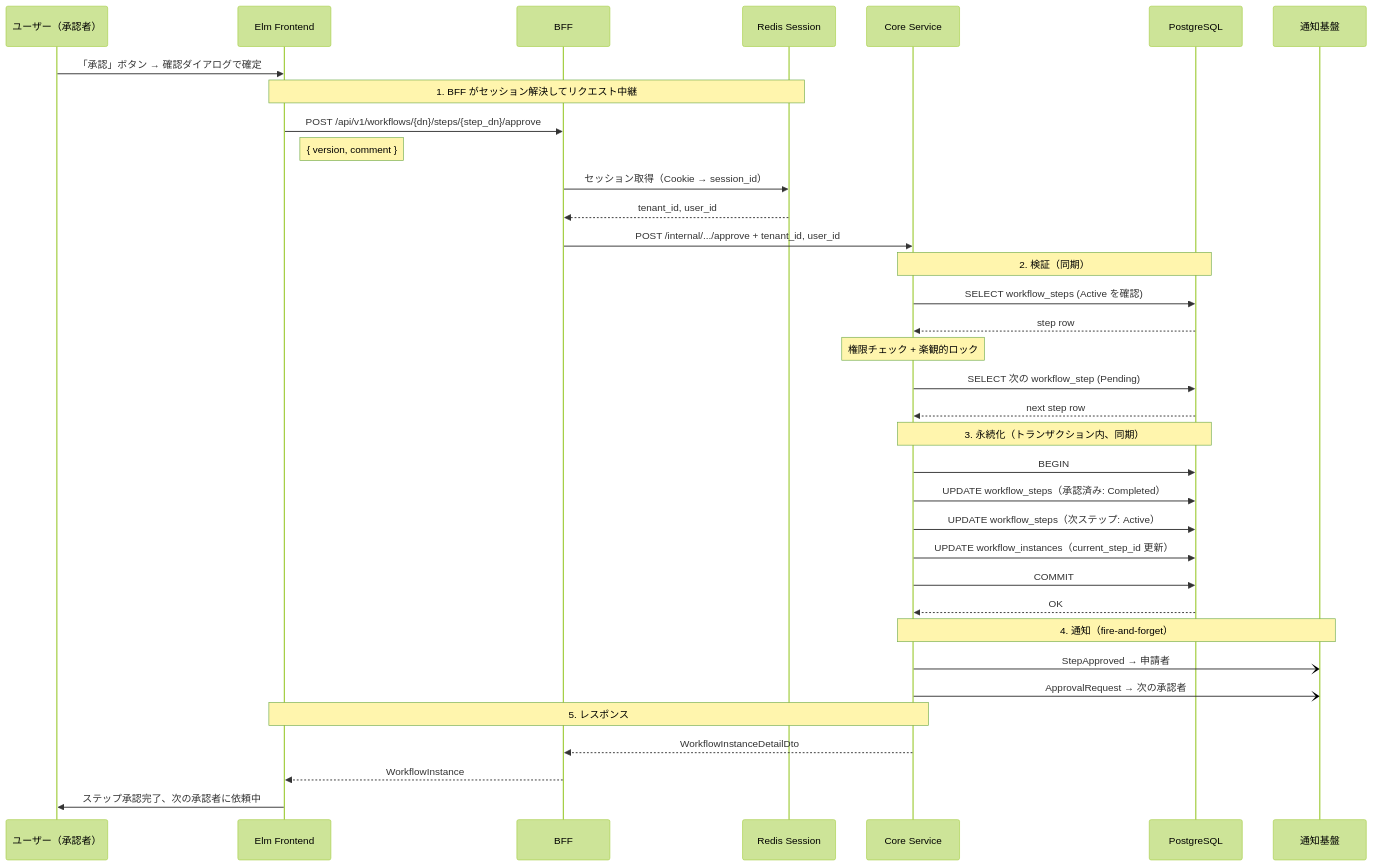
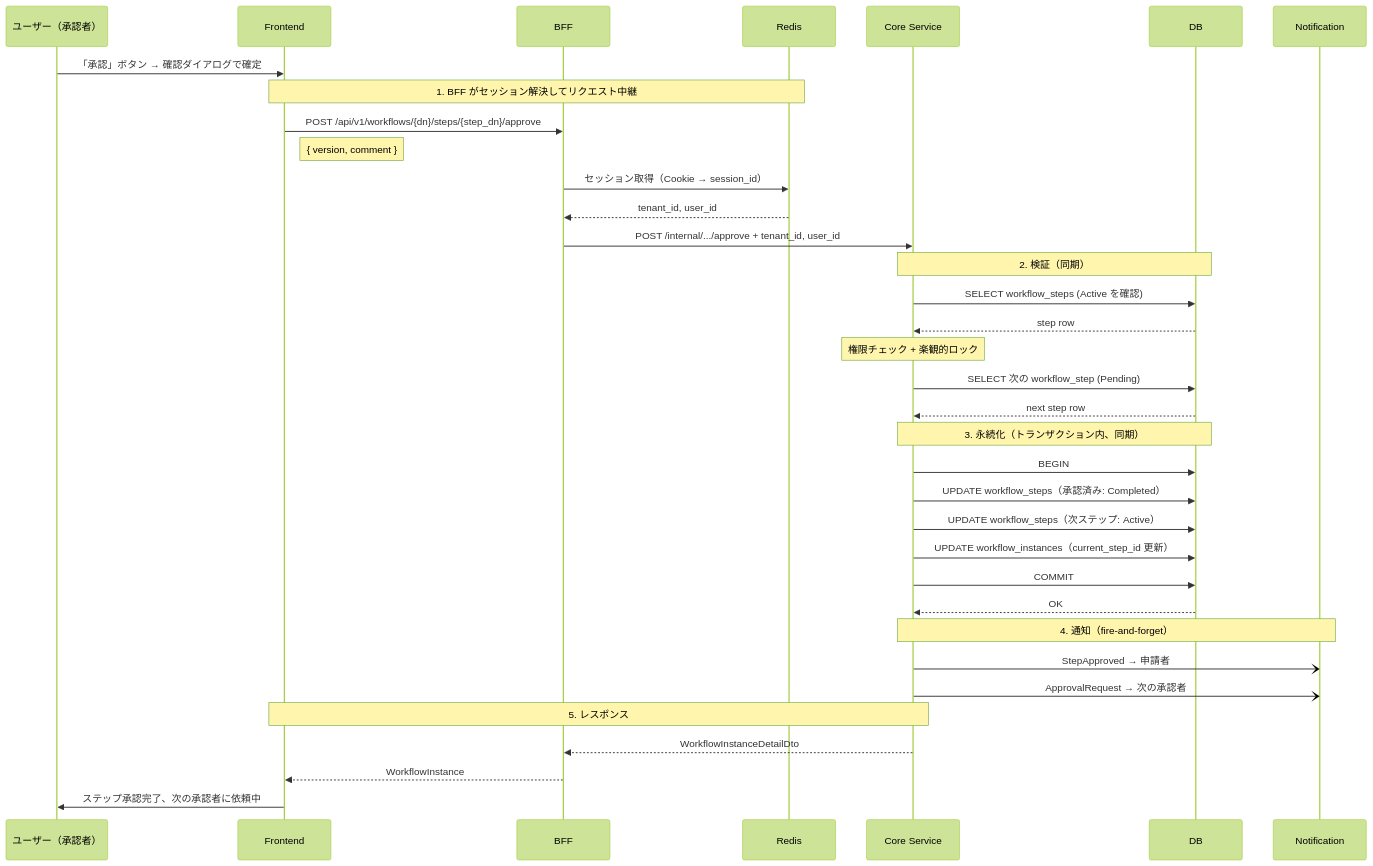
Before and after one commit to ka2kama/ringiflow: the first of 6 diagrams in docs/90_実装解説/ワークフロー/02_承認・却下フロー.md, drawn with Mermaid (forest theme). The commit also changed other lines of this file and 2 other files, not shown here.

````diff
--- a/docs/90_実装解説/ワークフロー/02_承認・却下フロー.md
+++ b/docs/90_実装解説/ワークフロー/02_承認・却下フロー.md
@@ -14,43 +14,43 @@
 ```mermaid
 sequenceDiagram
     participant U as ユーザー（承認者）
-    participant Elm as Elm Frontend
+    participant FE as Frontend
     participant BFF as BFF
-    participant Redis as Redis Session
+    participant Redis as Redis
     participant Core as Core Service
-    participant DB as PostgreSQL
-    participant Notify as 通知基盤
+    participant DB as DB
+    participant Notify as Notification
 
-    U->>Elm: 「承認」ボタン → 確認ダイアログで確定
+    U->>FE: 「承認」ボタン → 確認ダイアログで確定
 
-    Note over Elm, Redis: 1. BFF がセッション解決してリクエスト中継
-    Elm->>BFF: POST /api/v1/workflows/{dn}/steps/{step_dn}/approve
-    Note right of Elm: { version, comment }
+    Note over FE, Redis: 1. BFF がセッション解決してリクエスト中継
+    FE->>BFF: POST /api/v1/workflows/{dn}/steps/{step_dn}/approve
+    Note right of FE: { version, comment }
     BFF->>Redis: セッション取得（Cookie → session_id）
     Redis-->>BFF: tenant_id, user_id
     BFF->>Core: POST /internal/.../approve + tenant_id, user_id
 
     Note over Core, DB: 2. 検証（同期）
     Core->>DB: SELECT workflow_steps (Active を確認)
     DB-->>Core: step row
     Note over Core: 権限チェック + 楽観的ロック
     Core->>DB: SELECT 次の workflow_step (Pending)
     DB-->>Core: next step row
 
     Note over Core, DB: 3. 永続化（トランザクション内、同期）
     Core->>DB: BEGIN
     Core->>DB: UPDATE workflow_steps（承認済み: Completed）
     Core->>DB: UPDATE workflow_steps（次ステップ: Active）
     Core->>DB: UPDATE workflow_instances（current_step_id 更新）
     Core->>DB: COMMIT
     DB-->>Core: OK
 
     Note over Core, Notify: 4. 通知（fire-and-forget）
     Core-)Notify: StepApproved → 申請者
     Core-)Notify: ApprovalRequest → 次の承認者
 
-    Note over Core, Elm: 5. レスポンス
+    Note over Core, FE: 5. レスポンス
     Core-->>BFF: WorkflowInstanceDetailDto
-    BFF-->>Elm: WorkflowInstance
-    Elm->>U: ステップ承認完了、次の承認者に依頼中
+    BFF-->>FE: WorkflowInstance
+    FE->>U: ステップ承認完了、次の承認者に依頼中
 ```
````
